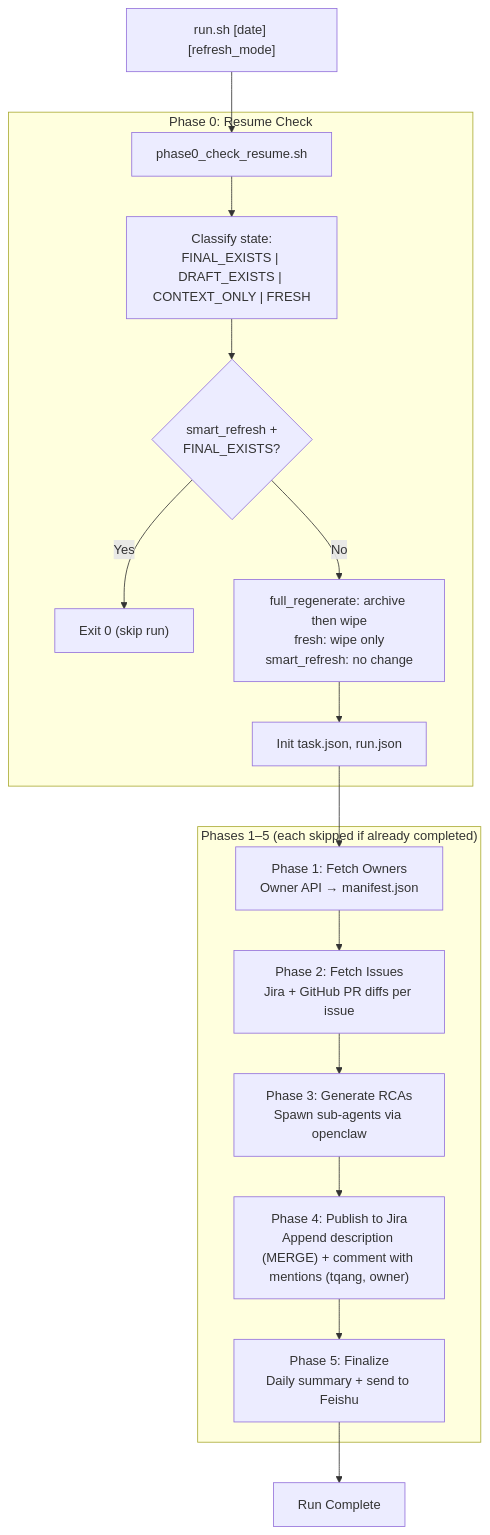
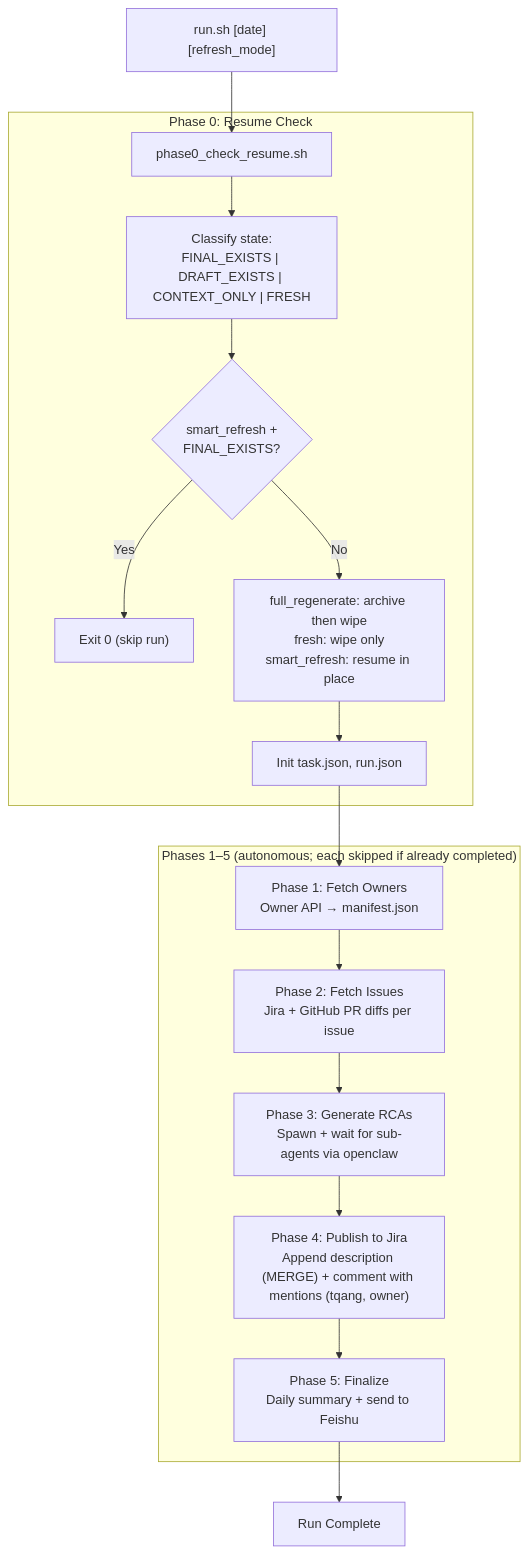
Before and after one commit to snowshine0216/openclaw-qa-workspace: the diagram in workspace-daily/docs/RCA_DAILY_SKILL_REFACTOR_DESIGN.md, drawn with Mermaid. The commit also changed other lines of this file and 9 other files, not shown here.

````diff
--- a/workspace-daily/docs/RCA_DAILY_SKILL_REFACTOR_DESIGN.md
+++ b/workspace-daily/docs/RCA_DAILY_SKILL_REFACTOR_DESIGN.md
@@ -15,34 +15,34 @@
 ```mermaid
 flowchart TB
     subgraph phase0["Phase 0: Resume Check"]
         P0["phase0_check_resume.sh"]
         CLASSIFY["Classify state:<br/>FINAL_EXISTS | DRAFT_EXISTS | CONTEXT_ONLY | FRESH"]
         DECISION{"smart_refresh +<br/>FINAL_EXISTS?"}
         EXIT0["Exit 0 (skip run)"]
-        PREP["full_regenerate: archive then wipe<br/>fresh: wipe only<br/>smart_refresh: no change"]
+        PREP["full_regenerate: archive then wipe<br/>fresh: wipe only<br/>smart_refresh: resume in place"]
         INIT["Init task.json, run.json"]
     end
 
-    subgraph phases["Phases 1–5 (each skipped if already completed)"]
+    subgraph phases["Phases 1–5 (autonomous; each skipped if already completed)"]
         P1["Phase 1: Fetch Owners<br/>Owner API → manifest.json"]
         P2["Phase 2: Fetch Issues<br/>Jira + GitHub PR diffs per issue"]
-        P3["Phase 3: Generate RCAs<br/>Spawn sub-agents via openclaw"]
+        P3["Phase 3: Generate RCAs<br/>Spawn + wait for sub-agents via openclaw"]
         P4["Phase 4: Publish to Jira<br/>Append description (MERGE) + comment with mentions (tqang, owner)"]
         P5["Phase 5: Finalize<br/>Daily summary + send to Feishu"]
     end
 
     P0 --> CLASSIFY
     CLASSIFY --> DECISION
     DECISION -->|Yes| EXIT0
     DECISION -->|No| PREP
     PREP --> INIT
     INIT --> P1
     P1 --> P2
     P2 --> P3
     P3 --> P4
     P4 --> P5
     P5 --> DONE["Run Complete"]
 
     RUN["run.sh [date] [refresh_mode]"]
     RUN --> P0
 ```
````
